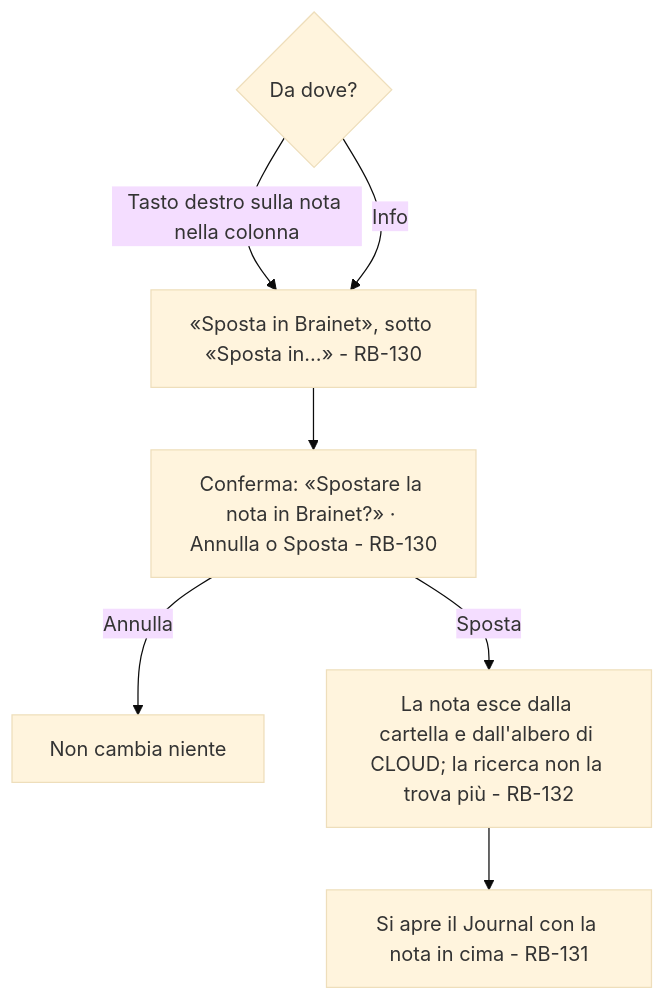
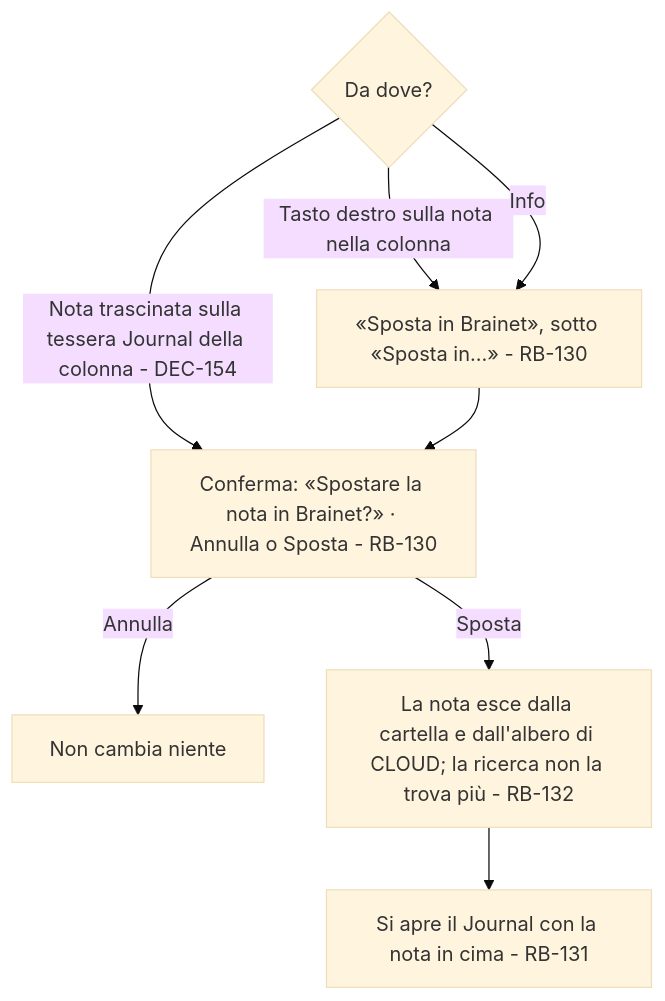
Diagram 12 of 12 in docs/moduli/net/2-flussi.md (Helmutsti/MemoDu), drawn with Mermaid (base theme) before and after one commit. The commit also changed other lines of this file and 22 other files, not shown here.

First line of the commit message:
DEC-154 DEC-155 CMP-48 CMP-49: colonna a riquadri con la barra di tessere

````diff
--- a/docs/moduli/net/2-flussi.md
+++ b/docs/moduli/net/2-flussi.md
@@ -313,9 +313,10 @@
 ```mermaid
 flowchart TD
     A{Da dove?} -- Tasto destro sulla nota nella colonna --> B[«Sposta in Brainet», sotto «Sposta in…» - RB-130]
     A -- Info --> B
+    A -- Nota trascinata sulla tessera Journal della colonna - DEC-154 --> C
     B --> C[Conferma: «Spostare la nota in Brainet?» · Annulla o Sposta - RB-130]
     C -- Annulla --> D[Non cambia niente]
     C -- Sposta --> E[La nota esce dalla cartella e dall'albero di CLOUD; la ricerca non la trova più - RB-132]
     E --> F[Si apre il Journal con la nota in cima - RB-131]
 ```
````
